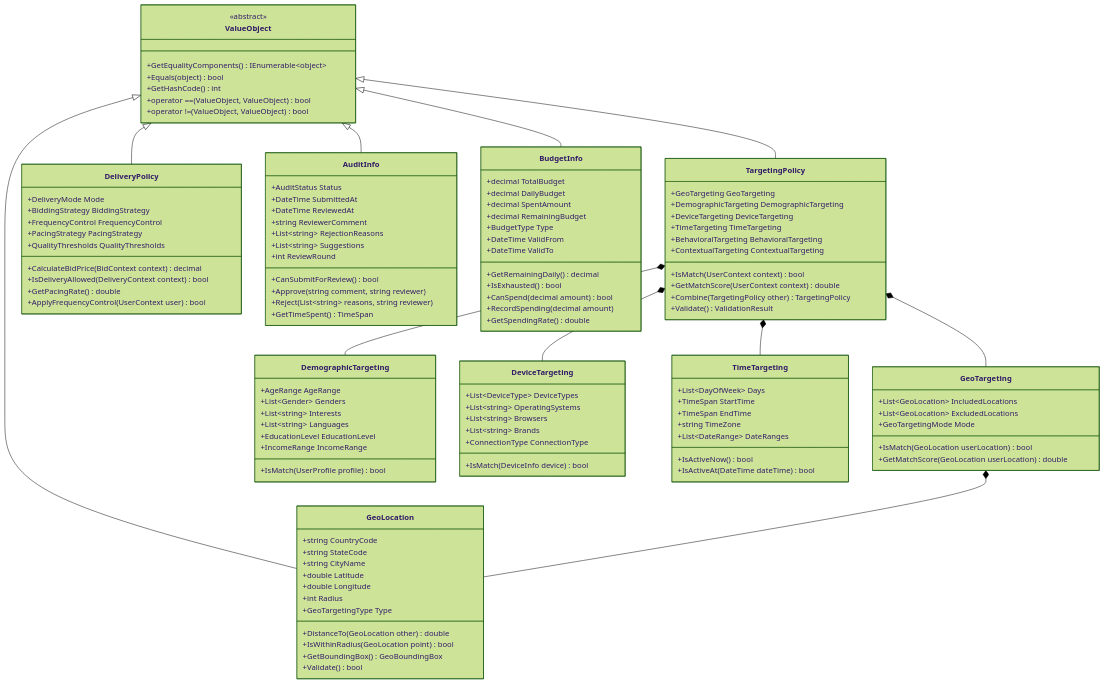
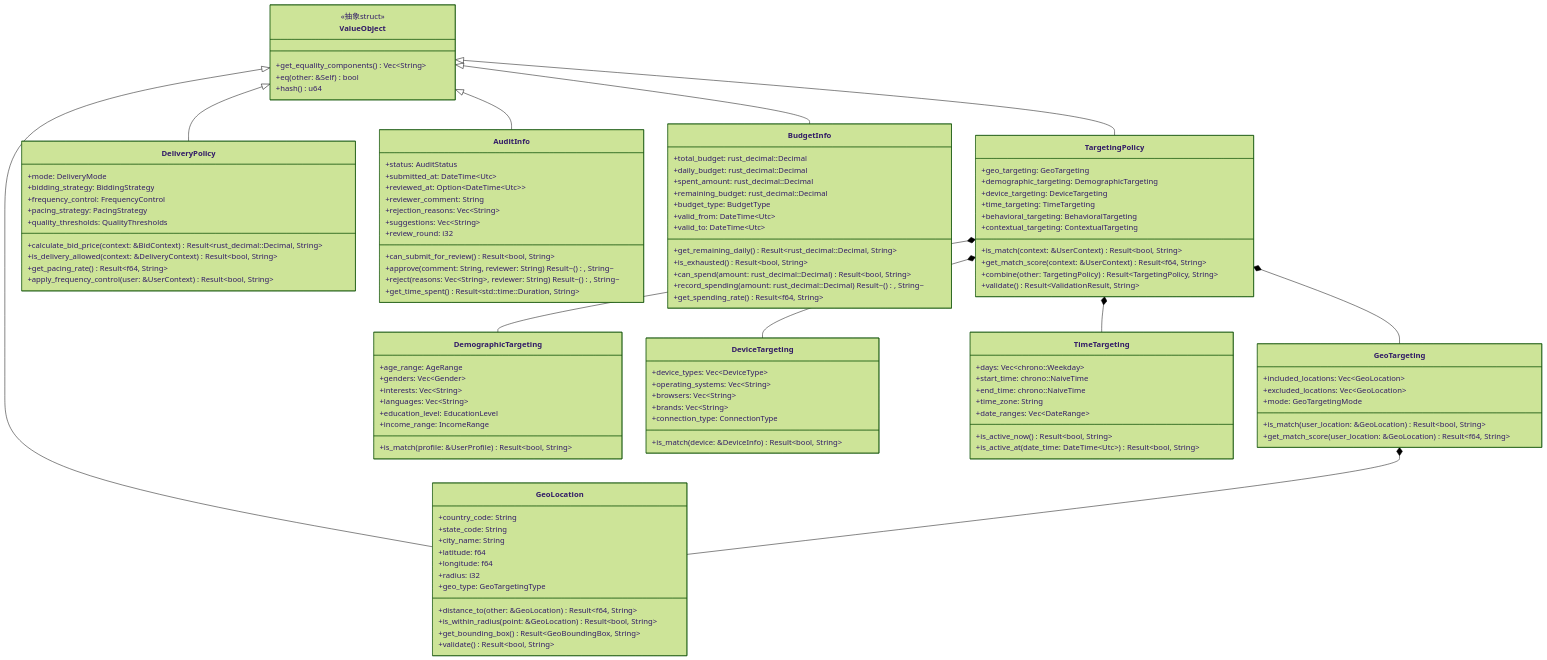
One commit to lornshrimp/Lorn.ADSP.Rust changed the second of 10 diagrams in docs_TecDesign/广告投放引擎/数据模型分层设计.md. Above: the diagram before and after it, drawn with Mermaid (forest theme). The commit also changed other lines of this file and 8 other files, not shown here.

````diff
--- a/docs_TecDesign/广告投放引擎/数据模型分层设计.md
+++ b/docs_TecDesign/广告投放引擎/数据模型分层设计.md
@@ -565,117 +557,115 @@
 ```mermaid
 classDiagram
     class ValueObject {
-        <<abstract>>
-        +GetEqualityComponents() IEnumerable~object~
-        +Equals(object) bool
-        +GetHashCode() int
-        +operator ==(ValueObject, ValueObject) bool
-        +operator !=(ValueObject, ValueObject) bool
+        <<抽象struct>>
+        +get_equality_components() Vec~String~
+        +eq(other: &Self) bool
+        +hash() u64
     }
     
     class TargetingPolicy {
-        +GeoTargeting GeoTargeting
-        +DemographicTargeting DemographicTargeting
-        +DeviceTargeting DeviceTargeting
-        +TimeTargeting TimeTargeting
-        +BehavioralTargeting BehavioralTargeting
-        +ContextualTargeting ContextualTargeting
-        +IsMatch(UserContext context) bool
-        +GetMatchScore(UserContext context) double
-        +Combine(TargetingPolicy other) TargetingPolicy
-        +Validate() ValidationResult
+        +geo_targeting: GeoTargeting
+        +demographic_targeting: DemographicTargeting
+        +device_targeting: DeviceTargeting
+        +time_targeting: TimeTargeting
+        +behavioral_targeting: BehavioralTargeting
+        +contextual_targeting: ContextualTargeting
+        +is_match(context: &UserContext) Result~bool, String~
+        +get_match_score(context: &UserContext) Result~f64, String~
+        +combine(other: TargetingPolicy) Result~TargetingPolicy, String~
+        +validate() Result~ValidationResult, String~
     }
     
     class DeliveryPolicy {
-        +DeliveryMode Mode
-        +BiddingStrategy BiddingStrategy
-        +FrequencyControl FrequencyControl
-        +PacingStrategy PacingStrategy
-        +QualityThresholds QualityThresholds
-        +CalculateBidPrice(BidContext context) decimal
-        +IsDeliveryAllowed(DeliveryContext context) bool
-        +GetPacingRate() double
-        +ApplyFrequencyControl(UserContext user) bool
+        +mode: DeliveryMode
+        +bidding_strategy: BiddingStrategy
+        +frequency_control: FrequencyControl
+        +pacing_strategy: PacingStrategy
+        +quality_thresholds: QualityThresholds
+        +calculate_bid_price(context: &BidContext) Result~rust_decimal::Decimal, String~
+        +is_delivery_allowed(context: &DeliveryContext) Result~bool, String~
+        +get_pacing_rate() Result~f64, String~
+        +apply_frequency_control(user: &UserContext) Result~bool, String~
     }
     
     class AuditInfo {
-        +AuditStatus Status
-        +DateTime SubmittedAt
-        +DateTime ReviewedAt
-        +string ReviewerComment
-        +List~string~ RejectionReasons
-        +List~string~ Suggestions
-        +int ReviewRound
-        +CanSubmitForReview() bool
-        +Approve(string comment, string reviewer)
-        +Reject(List~string~ reasons, string reviewer)
-        +GetTimeSpent() TimeSpan
+        +status: AuditStatus
+        +submitted_at: DateTime~Utc~
+        +reviewed_at: Option~DateTime~Utc~~
+        +reviewer_comment: String
+        +rejection_reasons: Vec~String~
+        +suggestions: Vec~String~
+        +review_round: i32
+        +can_submit_for_review() Result~bool, String~
+        +approve(comment: String, reviewer: String) Result~(), String~
+        +reject(reasons: Vec~String~, reviewer: String) Result~(), String~
+        +get_time_spent() Result~std::time::Duration, String~
     }
     
     class GeoLocation {
-        +string CountryCode
-        +string StateCode
-        +string CityName
-        +double Latitude
-        +double Longitude
-        +int Radius
-        +GeoTargetingType Type
-        +DistanceTo(GeoLocation other) double
-        +IsWithinRadius(GeoLocation point) bool
-        +GetBoundingBox() GeoBoundingBox
-        +Validate() bool
+        +country_code: String
+        +state_code: String
+        +city_name: String
+        +latitude: f64
+        +longitude: f64
+        +radius: i32
+        +geo_type: GeoTargetingType
+        +distance_to(other: &GeoLocation) Result~f64, String~
+        +is_within_radius(point: &GeoLocation) Result~bool, String~
+        +get_bounding_box() Result~GeoBoundingBox, String~
+        +validate() Result~bool, String~
     }
     
     class BudgetInfo {
-        +decimal TotalBudget
-        +decimal DailyBudget
-        +decimal SpentAmount
-        +decimal RemainingBudget
-        +BudgetType Type
-        +DateTime ValidFrom
-        +DateTime ValidTo
-        +GetRemainingDaily() decimal
-        +IsExhausted() bool
-        +CanSpend(decimal amount) bool
-        +RecordSpending(decimal amount)
-        +GetSpendingRate() double
+        +total_budget: rust_decimal::Decimal
+        +daily_budget: rust_decimal::Decimal
+        +spent_amount: rust_decimal::Decimal
+        +remaining_budget: rust_decimal::Decimal
+        +budget_type: BudgetType
+        +valid_from: DateTime~Utc~
+        +valid_to: DateTime~Utc~
+        +get_remaining_daily() Result~rust_decimal::Decimal, String~
+        +is_exhausted() Result~bool, String~
+        +can_spend(amount: rust_decimal::Decimal) Result~bool, String~
+        +record_spending(amount: rust_decimal::Decimal) Result~(), String~
+        +get_spending_rate() Result~f64, String~
     }
     
     class GeoTargeting {
-        +List~GeoLocation~ IncludedLocations
-        +List~GeoLocation~ ExcludedLocations
-        +GeoTargetingMode Mode
-        +IsMatch(GeoLocation userLocation) bool
-        +GetMatchScore(GeoLocation userLocation) double
+        +included_locations: Vec~GeoLocation~
+        +excluded_locations: Vec~GeoLocation~
+        +mode: GeoTargetingMode
+        +is_match(user_location: &GeoLocation) Result~bool, String~
+        +get_match_score(user_location: &GeoLocation) Result~f64, String~
     }
     
     class DemographicTargeting {
-        +AgeRange AgeRange
-        +List~Gender~ Genders
-        +List~string~ Interests
-        +List~string~ Languages
-        +EducationLevel EducationLevel
-        +IncomeRange IncomeRange
-        +IsMatch(UserProfile profile) bool
+        +age_range: AgeRange
+        +genders: Vec~Gender~
+        +interests: Vec~String~
+        +languages: Vec~String~
+        +education_level: EducationLevel
+        +income_range: IncomeRange
+        +is_match(profile: &UserProfile) Result~bool, String~
     }
     
     class DeviceTargeting {
-        +List~DeviceType~ DeviceTypes
-        +List~string~ OperatingSystems
-        +List~string~ Browsers
-        +List~string~ Brands
-        +ConnectionType ConnectionType
-        +IsMatch(DeviceInfo device) bool
+        +device_types: Vec~DeviceType~
+        +operating_systems: Vec~String~
+        +browsers: Vec~String~
+        +brands: Vec~String~
+        +connection_type: ConnectionType
+        +is_match(device: &DeviceInfo) Result~bool, String~
     }
     
     class TimeTargeting {
-        +List~DayOfWeek~ Days
-        +TimeSpan StartTime
-        +TimeSpan EndTime
-        +string TimeZone
-        +List~DateRange~ DateRanges
-        +IsActiveNow() bool
-        +IsActiveAt(DateTime dateTime) bool
+        +days: Vec~chrono::Weekday~
+        +start_time: chrono::NaiveTime
+        +end_time: chrono::NaiveTime
+        +time_zone: String
+        +date_ranges: Vec~DateRange~
+        +is_active_now() Result~bool, String~
+        +is_active_at(date_time: DateTime~Utc~) Result~bool, String~
     }
     
     ValueObject <|-- TargetingPolicy
````
